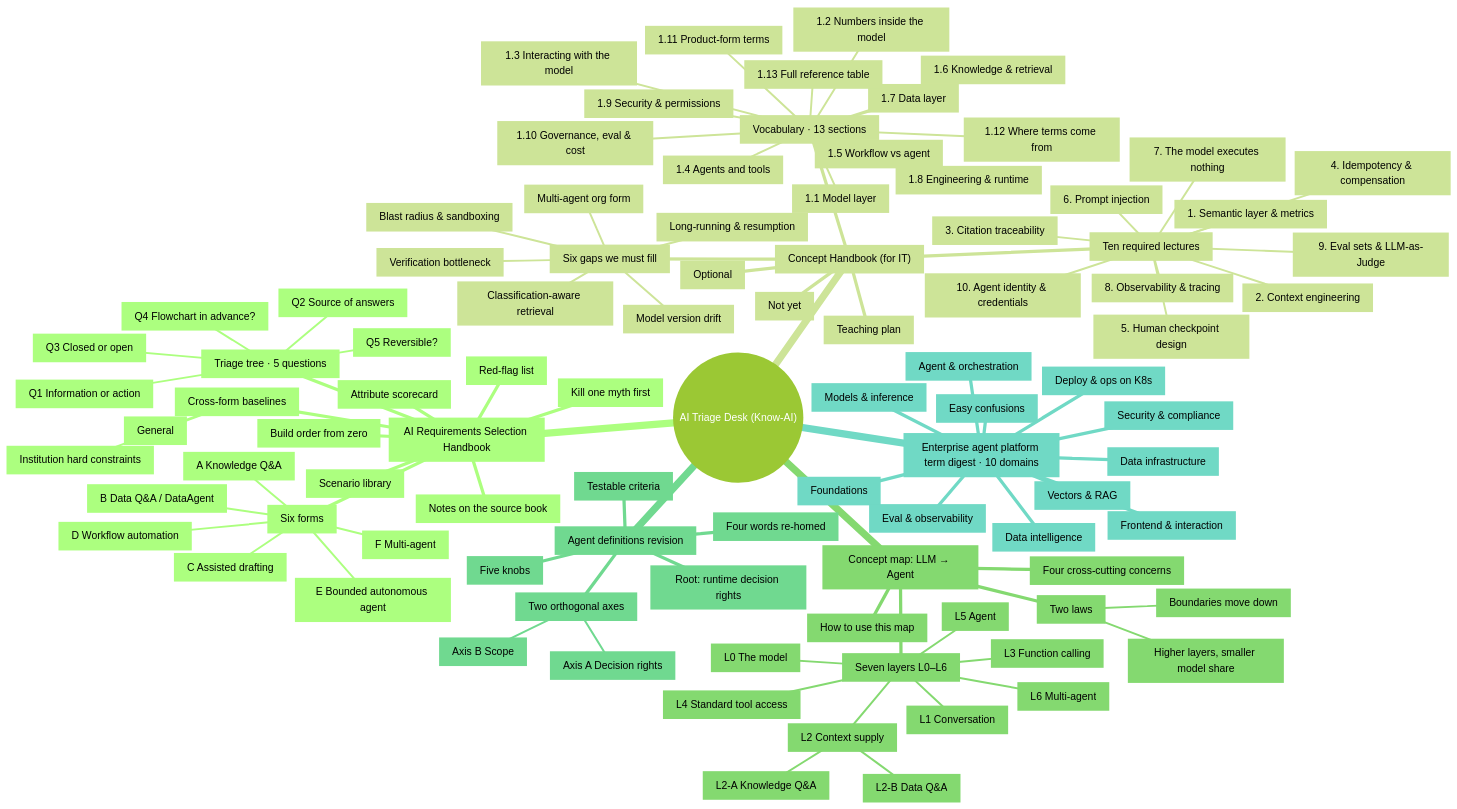
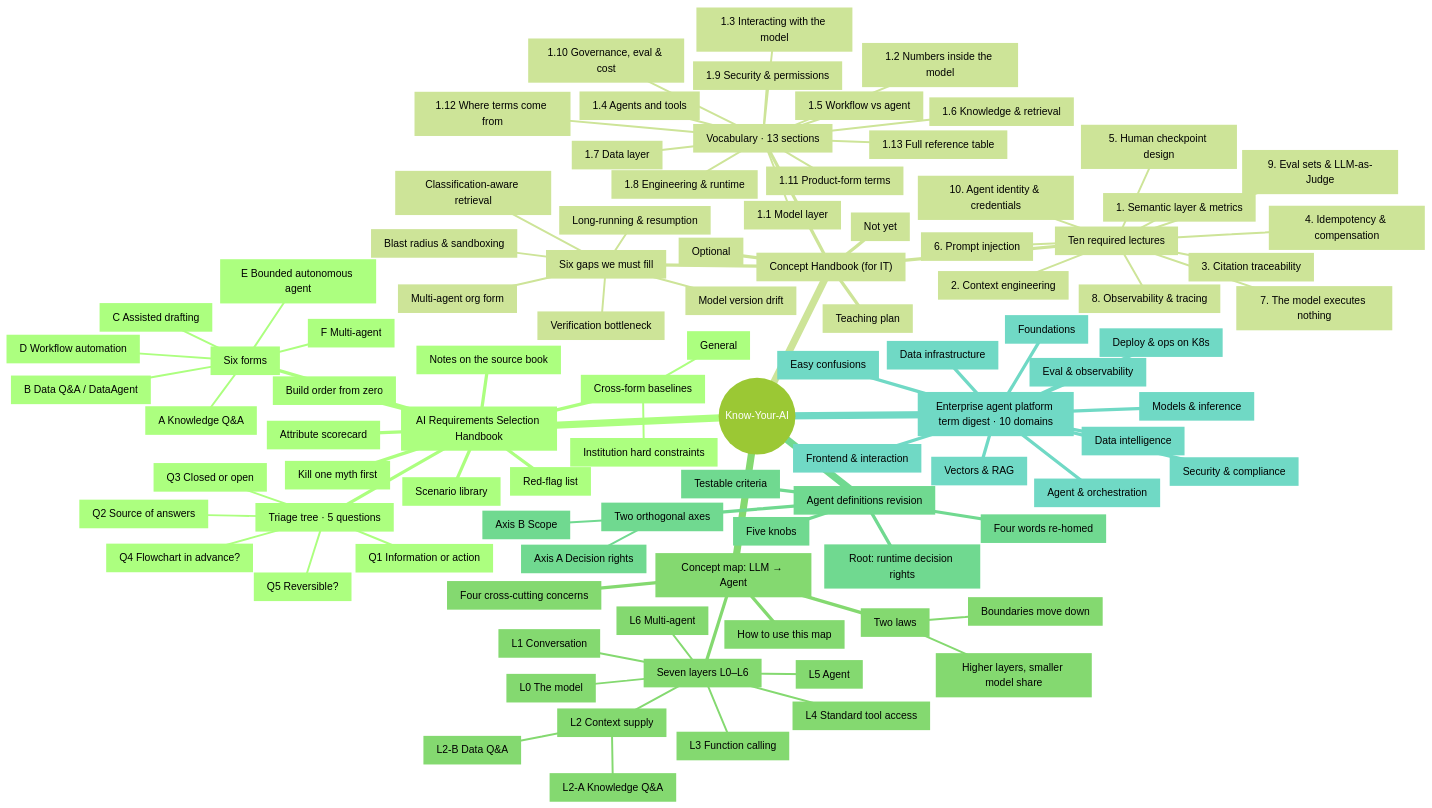
Before and after one commit to pz1130/Know-AI: the diagram in web/public/docs/en/mind-map-overview.md, drawn with Mermaid (forest theme). The commit also changed other lines of this file and 13 other files, not shown here.

First line of the commit message:
feat: 思维导图 v2 + 品牌改名 Know-Your-AI (KYA) (#13)

````diff
--- a/web/public/docs/en/mind-map-overview.md
+++ b/web/public/docs/en/mind-map-overview.md
@@ -14,6 +14,6 @@
 ```mermaid
 mindmap
-  root(("AI Triage Desk (Know-AI)"))
+  root(("Know-Your-AI"))
     n1["AI Requirements Selection Handbook"]
       n2["Kill one myth first"]
       n3["Triage tree · 5 questions"]
````
